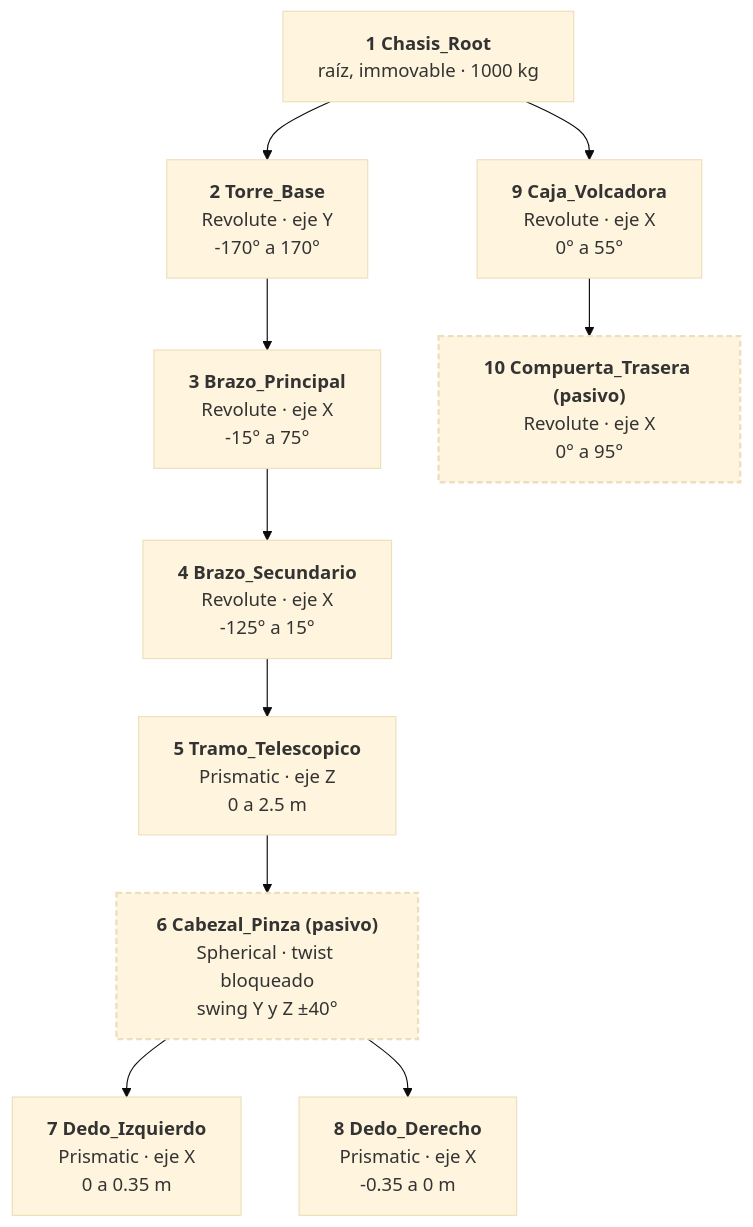
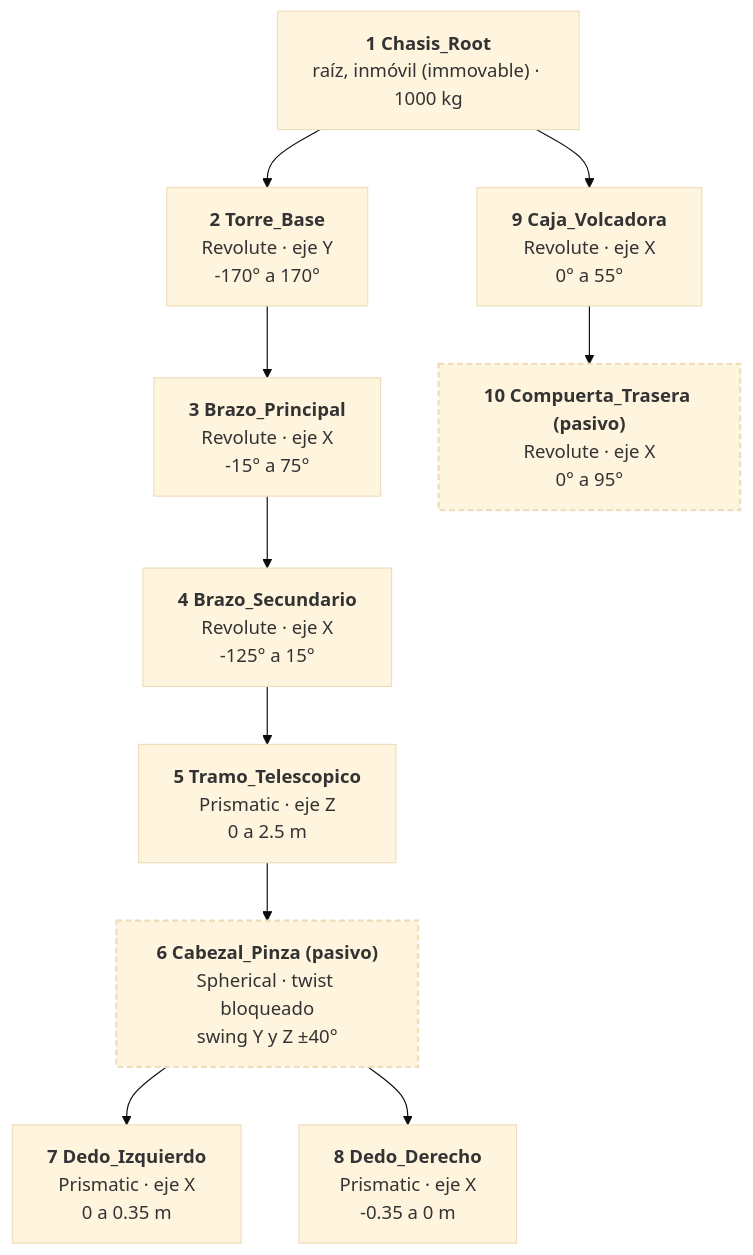
One commit to alewar2783-cell/camion-hidrogrua-articulationbody changed the diagram in docs/DIAGRAMA_Y_EXPLICACION.md. Above: the diagram before and after it, drawn with Mermaid (base theme). The commit also changed other lines of this file and 4 other files, not shown here.

````diff
--- a/docs/DIAGRAMA_Y_EXPLICACION.md
+++ b/docs/DIAGRAMA_Y_EXPLICACION.md
@@ -18,21 +18,21 @@
 ```mermaid
 flowchart TD
-    N1["<b>1 Chasis_Root</b><br/>raíz, immovable · 1000 kg"]
+    N1["<b>1 Chasis_Root</b><br/>raíz, inmóvil (immovable) · 1000 kg"]
     N2["<b>2 Torre_Base</b><br/>Revolute · eje Y<br/>-170° a 170°"]
     N3["<b>3 Brazo_Principal</b><br/>Revolute · eje X<br/>-15° a 75°"]
     N4["<b>4 Brazo_Secundario</b><br/>Revolute · eje X<br/>-125° a 15°"]
     N5["<b>5 Tramo_Telescopico</b><br/>Prismatic · eje Z<br/>0 a 2.5 m"]
     N6["<b>6 Cabezal_Pinza (pasivo)</b><br/>Spherical · twist bloqueado<br/>swing Y y Z ±40°"]
     N7["<b>7 Dedo_Izquierdo</b><br/>Prismatic · eje X<br/>0 a 0.35 m"]
     N8["<b>8 Dedo_Derecho</b><br/>Prismatic · eje X<br/>-0.35 a 0 m"]
     N9["<b>9 Caja_Volcadora</b><br/>Revolute · eje X<br/>0° a 55°"]
     N10["<b>10 Compuerta_Trasera (pasivo)</b><br/>Revolute · eje X<br/>0° a 95°"]
 
     N1 --> N2 --> N3 --> N4 --> N5 --> N6
     N6 --> N7
     N6 --> N8
     N1 --> N9 --> N10
 
     classDef passive stroke-dasharray: 5 3,stroke-width:2px
     class N6,N10 passive
 ```
````
